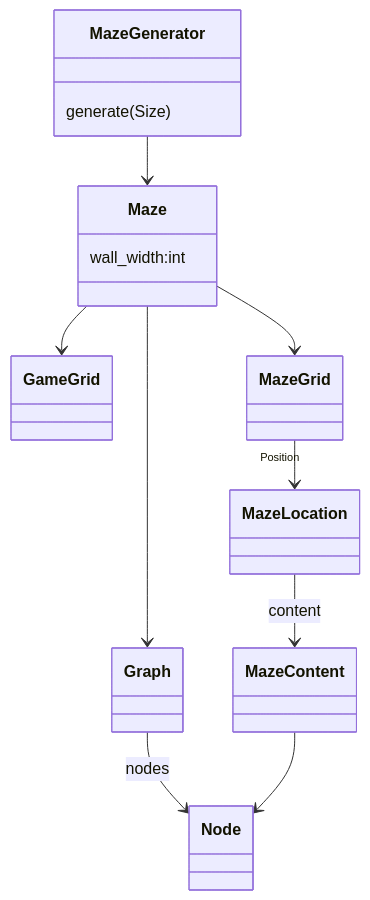
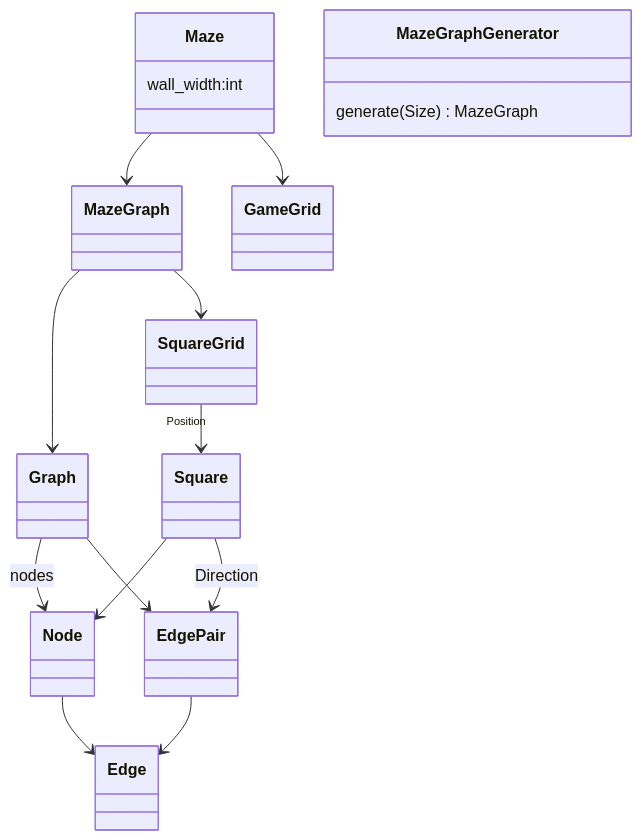
Before and after one commit to fvbakel/brilliant: the fifth of 5 diagrams in hello_maze/readme.md, drawn with Mermaid. The commit also changed 8 other files, not shown here.

````diff
--- a/hello_maze/readme.md
+++ b/hello_maze/readme.md
@@ -143,46 +143,32 @@
 ```mermaid
   classDiagram
     class Maze {
         wall_width:int
     }
 
-    class Graph {
-
-    }
-    class Node {
-
-    }
 
     Graph  --> Node : nodes
 
 
-    class MazeGenerator {
-        generate(Size)
+    class MazeGraphGenerator {
+        generate(Size) MazeGraph
     }
 
-    class GameGrid {
 
-    }
 
-    Maze --> Graph
+    MazeGraph --> Graph
+    Maze --> MazeGraph
     Maze --> GameGrid
-    Maze --> MazeGrid
-    MazeGenerator --> Maze
+    MazeGraph --> SquareGrid
 
-    class MazeContent {
-        
-        
-    }
-    class MazeGrid {
-        
-    }
+    SquareGrid "Position" -->  Square
+    Square --> Node
+    Square --> EdgePair : Direction
+    Node --> Edge
+    EdgePair --> Edge 
+    Graph --> EdgePair
 
-    MazeGrid "Position" -->  MazeLocation
-   %% MazeGrid <|-- Grid
-   %% MazeLocation <|-- Location 
-    
-    MazeLocation --> MazeContent : content
 
-    MazeContent --> Node
+
 
 ```
````
